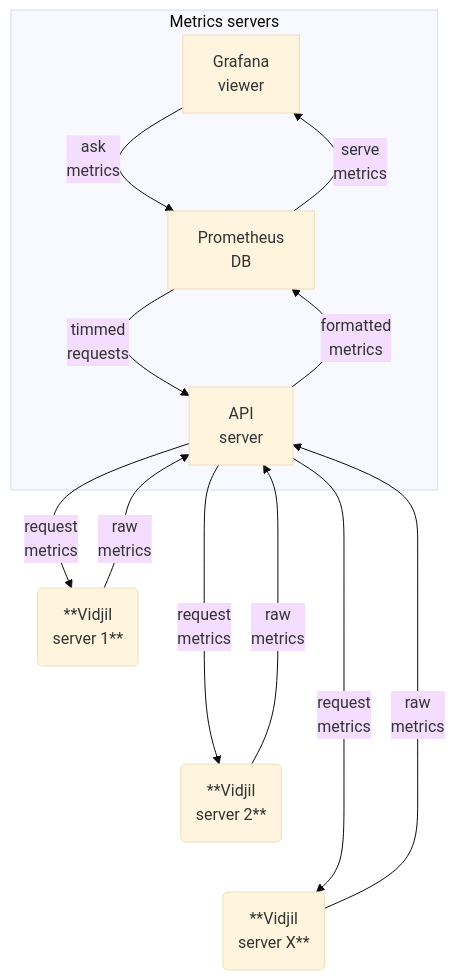
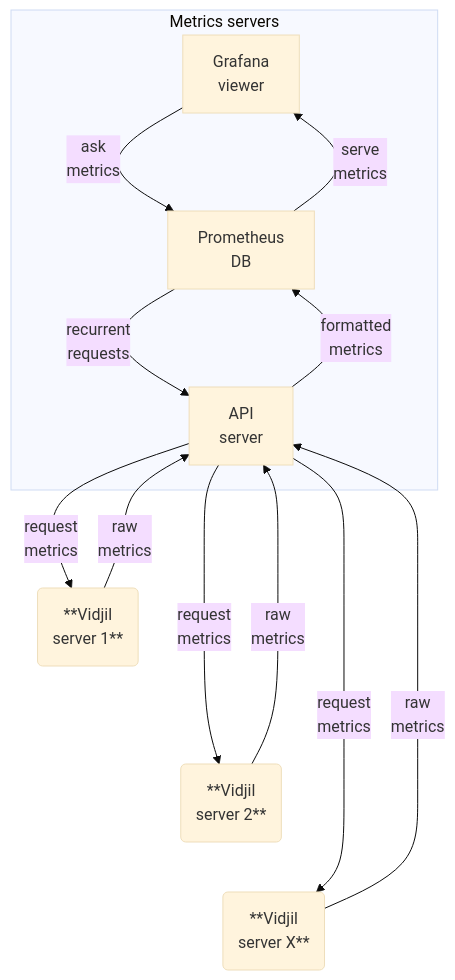
The diagram in doc/admin.md (vidjil/vidjil), drawn with Mermaid (base theme) before and after one commit. The commit also changed other lines of this file, not shown here.

````diff
--- a/doc/admin.md
+++ b/doc/admin.md
@@ -232,20 +220,20 @@
 ``` mermaid
 graph TB
     subgraph Metrics servers
     D[Grafana<br>viewer] -- ask<br>metrics  --> C;
     C -- serve<br>metrics  --> D;
-    C -- timmed<br>requests  --> B;
+    C -- recurrent<br>requests  --> B;
     B -- formatted<br>metrics --> C[Prometheus<br>DB];
     end
 
     V1 ~~~ V2;
     V1 ~~~ VX;
     V2 ~~~ VX;
 
     V1(**Vidjil<br>server 1**) -- raw<br>metrics --> B[API<br>server];
     V2(**Vidjil<br>server 2**) -- raw<br>metrics --> B[API<br>server];
     VX(**Vidjil<br>server X**) -- raw<br>metrics --> B[API<br>server];
     B -- request<br>metrics --> V1;
     B -- request<br>metrics --> V2;
     B -- request<br>metrics --> VX;
 ```
````
